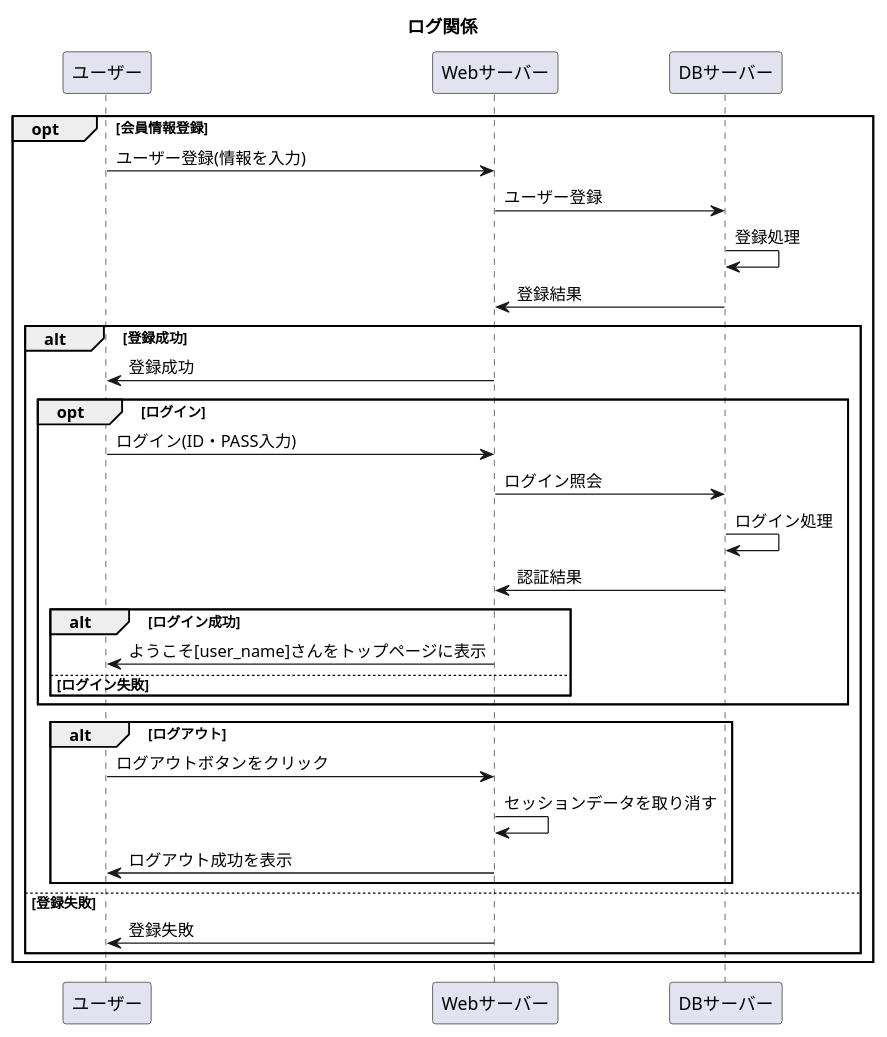
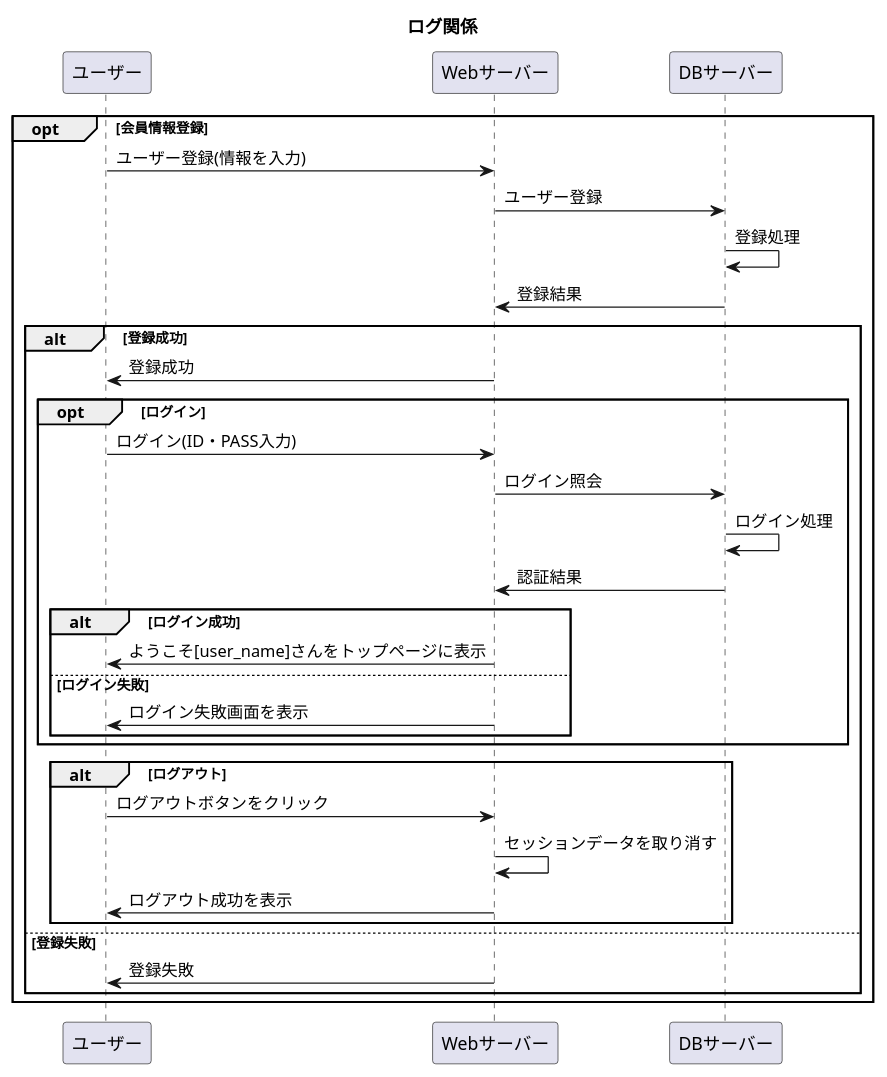
One commit to Aso2001227/Aso-Sports-1 changed the diagram in 設計書/02_業務フロー/Log-flow.md. Above: the diagram before and after it, drawn with PlantUML.

````diff
--- a/設計書/02_業務フロー/Log-flow.md
+++ b/設計書/02_業務フロー/Log-flow.md
@@ -1,31 +1,32 @@
 ```uml
 @startuml
 title: ログ関係
 opt 会員情報登録
   ユーザー -> Webサーバー : ユーザー登録(情報を入力)
   Webサーバー -> DBサーバー : ユーザー登録
   DBサーバー -> DBサーバー : 登録処理
   DBサーバー -> Webサーバー : 登録結果
   alt 登録成功
     Webサーバー -> ユーザー : 登録成功
     opt ログイン
       ユーザー -> Webサーバー : ログイン(ID・PASS入力)
       Webサーバー -> DBサーバー : ログイン照会
       DBサーバー -> DBサーバー : ログイン処理
       DBサーバー -> Webサーバー : 認証結果
       alt ログイン成功
         Webサーバー -> ユーザー : ようこそ[user_name]さんをトップページに表示
        else ログイン失敗
+        Webサーバー -> ユーザー : ログイン失敗画面を表示
       end
       end
     alt ログアウト
       ユーザー ->Webサーバー :ログアウトボタンをクリック
       Webサーバー -> Webサーバー :セッションデータを取り消す
       Webサーバー -> ユーザー :ログアウト成功を表示
      end
     else 登録失敗
     Webサーバー -> ユーザー : 登録失敗
   end
  end
 @enduml
 ```
````
